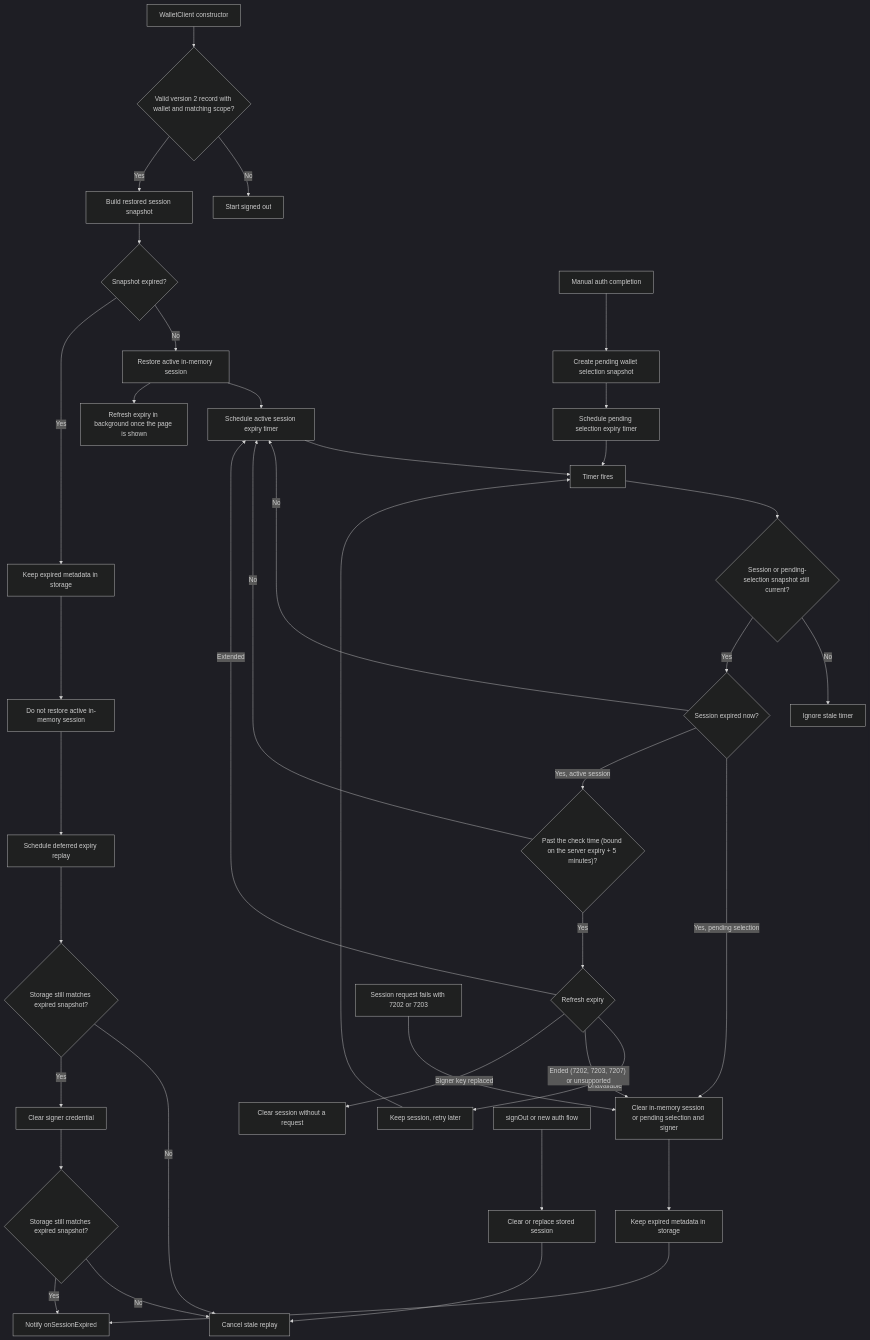
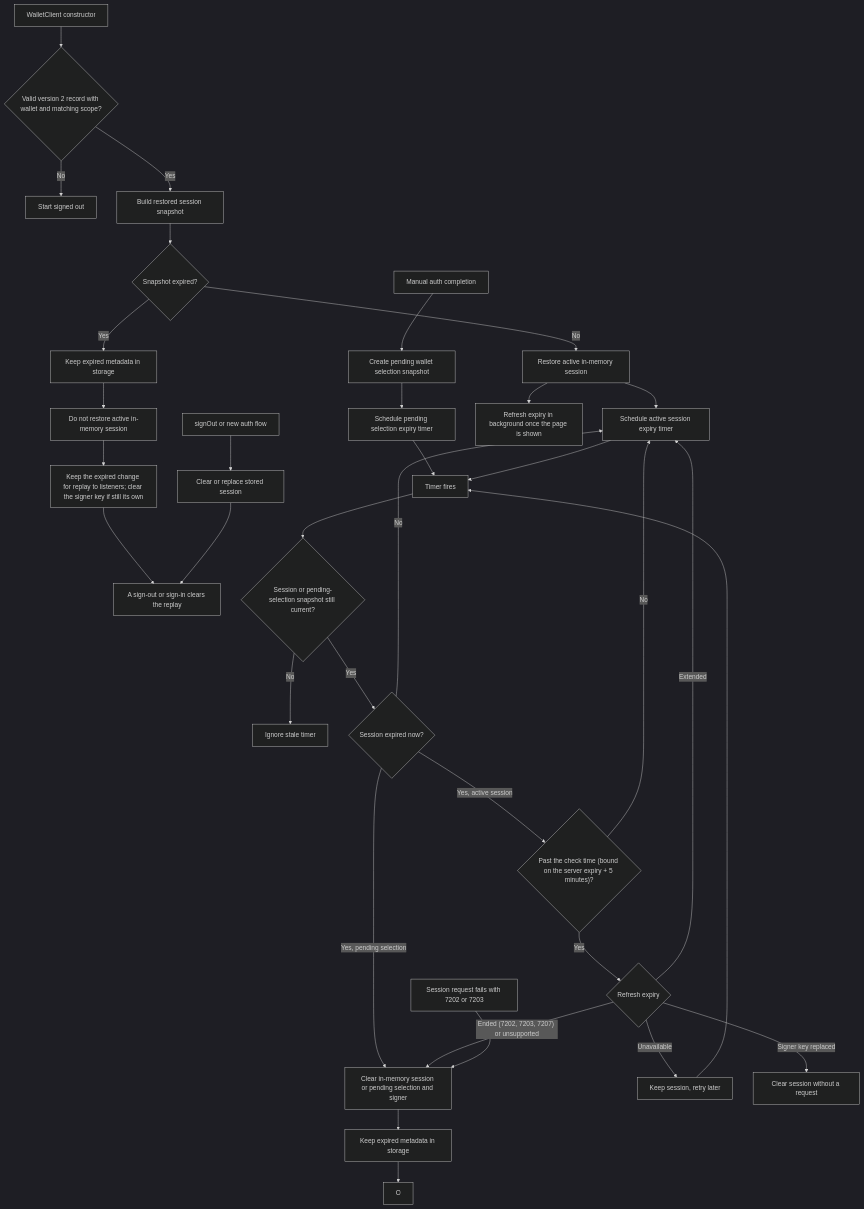
The diagram in packages/oms-wallet/docs/session-expiry-flow.md (0xPolygon/oms-wallet-typescript-sdk), drawn with Mermaid (dark theme) before and after one commit. The commit also changed other lines of this file and 26 other files, not shown here.

First line of the commit message:
feat(session): replace onSessionExpired with onSessionChange

````diff
--- a/packages/oms-wallet/docs/session-expiry-flow.md
+++ b/packages/oms-wallet/docs/session-expiry-flow.md
@@ -63,50 +73,43 @@
 ```mermaid
 flowchart TD
   A["WalletClient constructor"] --> B{"Valid version 2 record with wallet and matching scope?"}
   B -- "No" --> C["Start signed out"]
 
   B -- "Yes" --> D["Build restored session snapshot"]
   D --> E{"Snapshot expired?"}
 
   E -- "No" --> F["Restore active in-memory session"]
   F --> G["Schedule active session expiry timer"]
 
   X["Manual auth completion"] --> Y["Create pending wallet selection snapshot"]
   Y --> Z["Schedule pending selection expiry timer"]
   Z --> P
 
   E -- "Yes" --> H["Keep expired metadata in storage"]
   H --> I["Do not restore active in-memory session"]
-  I --> J["Schedule deferred expiry replay"]
-
-  J --> K{"Storage still matches expired snapshot?"}
-  K -- "No" --> L["Cancel stale replay"]
-  K -- "Yes" --> M["Clear signer credential"]
-
-  M --> N{"Storage still matches expired snapshot?"}
-  N -- "No" --> L
-  N -- "Yes" --> O["Notify onSessionExpired"]
+  I --> J["Keep the expired change for replay to listeners; clear the signer key if still its own"]
+  J --> L["A sign-out or sign-in clears the replay"]
 
   F --> FR["Refresh expiry in background once the page is shown"]
   G --> P["Timer fires"]
   P --> Q{"Session or pending-selection snapshot still current?"}
   Q -- "No" --> R["Ignore stale timer"]
   Q -- "Yes" --> S{"Session expired now?"}
   S -- "No" --> G
   S -- "Yes, pending selection" --> T["Clear in-memory session or pending selection and signer"]
   S -- "Yes, active session" --> CK{"Past the check time (bound on the server expiry + 5 minutes)?"}
   CK -- "No" --> G
   CK -- "Yes" --> RF{"Refresh expiry"}
   RF -- "Extended" --> G
   RF -- "Unavailable" --> RT["Keep session, retry later"]
   RT --> P
   RF -- "Ended (7202, 7203, 7207) or unsupported" --> T
   RF -- "Signer key replaced" --> SC["Clear session without a request"]
   T --> U["Keep expired metadata in storage"]
   U --> O
 
   AC["Session request fails with 7202 or 7203"] --> T
 
   V["signOut or new auth flow"] --> W["Clear or replace stored session"]
   W --> L
 ```
````
